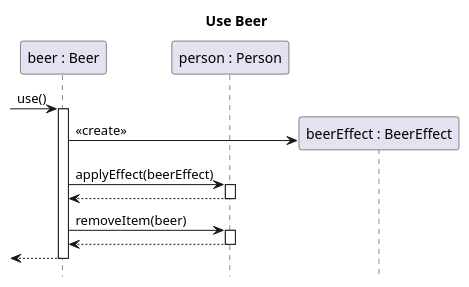
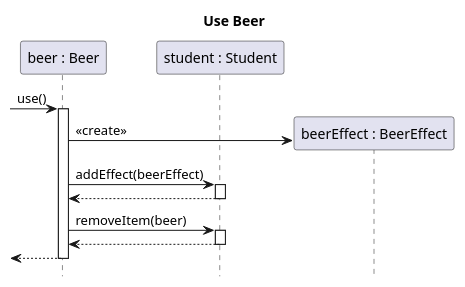
One commit to sn4k3ch4rm3r/logarlec changed the diagram in docs/diagrams/sequence/item-beer-use.puml. Above: the diagram before and after it, drawn with PlantUML. The commit also changed 10 other files, not shown here.

Commit message:
Fixed errors, attempted to get the sequences and the class diagram in sync

```diff
--- a/docs/diagrams/sequence/item-beer-use.puml
+++ b/docs/diagrams/sequence/item-beer-use.puml
@@ -1,17 +1,17 @@
 @startuml item-beer-use
 title Use Beer
 hide footbox
 
 participant "beer : Beer" as beer
-participant "person : Person" as person
+participant "student : Student" as person
 
 [-> beer ++: use()
-create "beerEffect : BeerEffect" as beerEffect
-beer -> beerEffect : <<create>>
-beer -> person ++ : applyEffect(beerEffect)
-person --> beer --
-beer -> person ++ : removeItem(beer)
-person --> beer --
-[<-- beer --
+	create "beerEffect : BeerEffect" as beerEffect
+	beer -> beerEffect : <<create>>
+	beer -> person ++: addEffect(beerEffect)
+	return
+	beer -> person ++ : removeItem(beer)
+	return
+return
 
 @enduml
```
